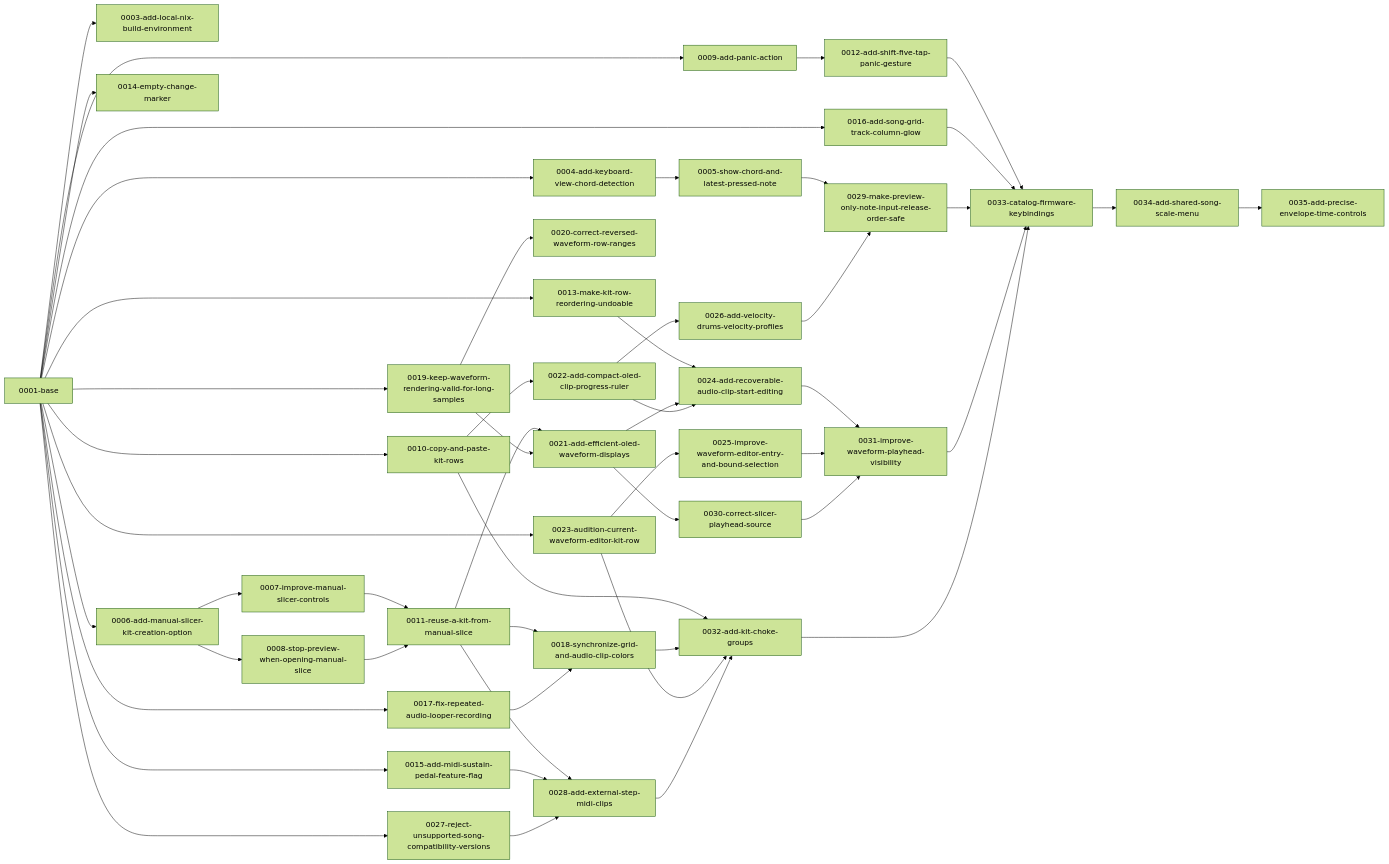
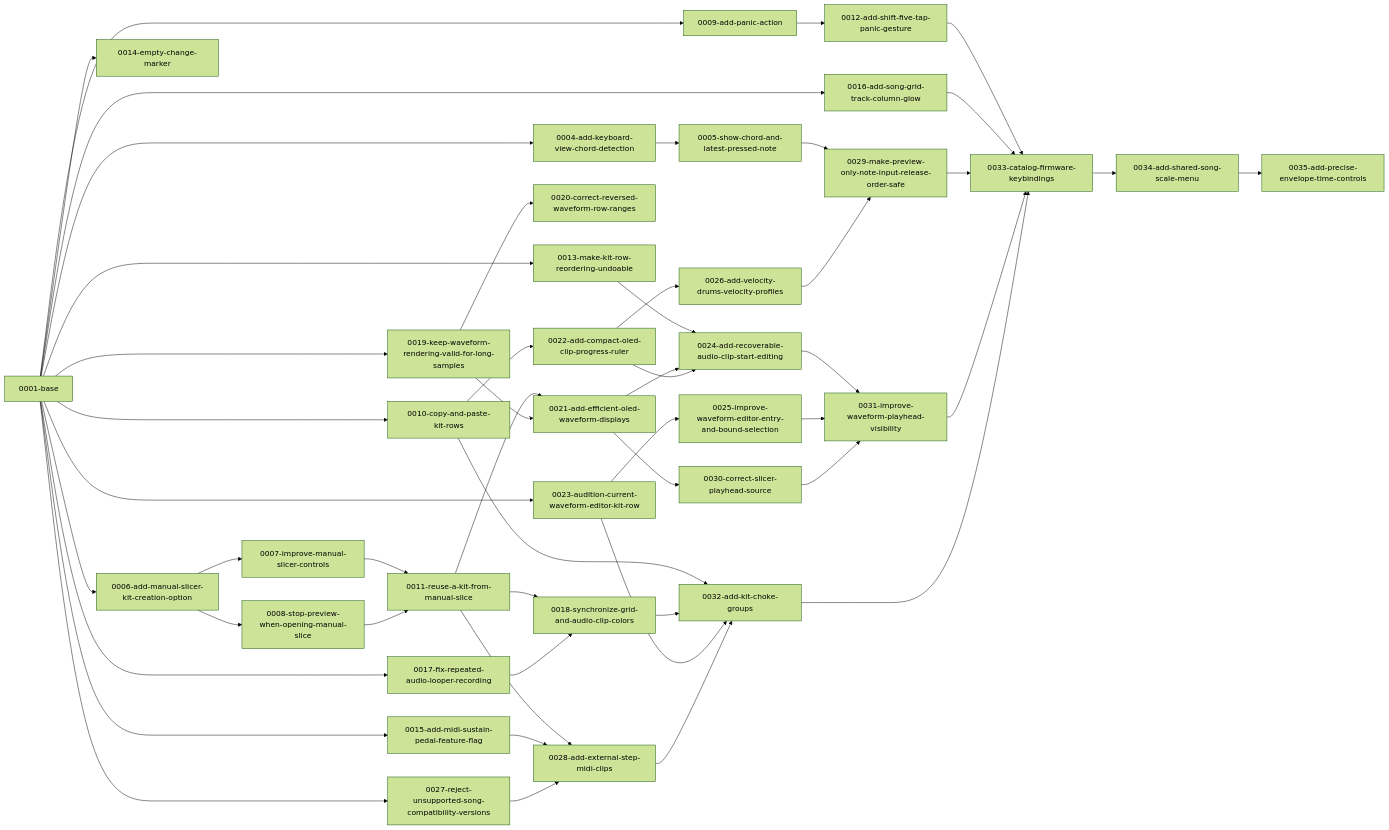
Before and after one commit to NonLogicalDev/fork.DelugeFirmware: the diagram in README.md, drawn with Mermaid (forest theme). The commit also changed other lines of this file and 12 other files, not shown here.

````diff
--- a/README.md
+++ b/README.md
@@ -15,87 +15,85 @@
 ```mermaid
 flowchart LR
   n0["0001-base"]
-  n1["0003-add-local-nix-build-environment"]
-  n2["0004-add-keyboard-view-chord-detection"]
-  n3["0005-show-chord-and-latest-pressed-note"]
-  n4["0006-add-manual-slicer-kit-creation-option"]
-  n5["0007-improve-manual-slicer-controls"]
-  n6["0008-stop-preview-when-opening-manual-slice"]
-  n7["0009-add-panic-action"]
-  n8["0010-copy-and-paste-kit-rows"]
-  n9["0011-reuse-a-kit-from-manual-slice"]
-  n10["0012-add-shift-five-tap-panic-gesture"]
-  n11["0013-make-kit-row-reordering-undoable"]
-  n12["0014-empty-change-marker"]
-  n13["0015-add-midi-sustain-pedal-feature-flag"]
-  n14["0016-add-song-grid-track-column-glow"]
-  n15["0017-fix-repeated-audio-looper-recording"]
-  n16["0018-synchronize-grid-and-audio-clip-colors"]
-  n17["0019-keep-waveform-rendering-valid-for-long-samples"]
-  n18["0020-correct-reversed-waveform-row-ranges"]
-  n19["0021-add-efficient-oled-waveform-displays"]
-  n20["0022-add-compact-oled-clip-progress-ruler"]
-  n21["0023-audition-current-waveform-editor-kit-row"]
-  n22["0024-add-recoverable-audio-clip-start-editing"]
-  n23["0025-improve-waveform-editor-entry-and-bound-selection"]
-  n24["0026-add-velocity-drums-velocity-profiles"]
-  n25["0027-reject-unsupported-song-compatibility-versions"]
-  n26["0028-add-external-step-midi-clips"]
-  n27["0029-make-preview-only-note-input-release-order-safe"]
-  n28["0030-correct-slicer-playhead-source"]
-  n29["0031-improve-waveform-playhead-visibility"]
-  n30["0032-add-kit-choke-groups"]
-  n31["0033-catalog-firmware-keybindings"]
-  n32["0034-add-shared-song-scale-menu"]
-  n33["0035-add-precise-envelope-time-controls"]
+  n1["0004-add-keyboard-view-chord-detection"]
+  n2["0005-show-chord-and-latest-pressed-note"]
+  n3["0006-add-manual-slicer-kit-creation-option"]
+  n4["0007-improve-manual-slicer-controls"]
+  n5["0008-stop-preview-when-opening-manual-slice"]
+  n6["0009-add-panic-action"]
+  n7["0010-copy-and-paste-kit-rows"]
+  n8["0011-reuse-a-kit-from-manual-slice"]
+  n9["0012-add-shift-five-tap-panic-gesture"]
+  n10["0013-make-kit-row-reordering-undoable"]
+  n11["0014-empty-change-marker"]
+  n12["0015-add-midi-sustain-pedal-feature-flag"]
+  n13["0016-add-song-grid-track-column-glow"]
+  n14["0017-fix-repeated-audio-looper-recording"]
+  n15["0018-synchronize-grid-and-audio-clip-colors"]
+  n16["0019-keep-waveform-rendering-valid-for-long-samples"]
+  n17["0020-correct-reversed-waveform-row-ranges"]
+  n18["0021-add-efficient-oled-waveform-displays"]
+  n19["0022-add-compact-oled-clip-progress-ruler"]
+  n20["0023-audition-current-waveform-editor-kit-row"]
+  n21["0024-add-recoverable-audio-clip-start-editing"]
+  n22["0025-improve-waveform-editor-entry-and-bound-selection"]
+  n23["0026-add-velocity-drums-velocity-profiles"]
+  n24["0027-reject-unsupported-song-compatibility-versions"]
+  n25["0028-add-external-step-midi-clips"]
+  n26["0029-make-preview-only-note-input-release-order-safe"]
+  n27["0030-correct-slicer-playhead-source"]
+  n28["0031-improve-waveform-playhead-visibility"]
+  n29["0032-add-kit-choke-groups"]
+  n30["0033-catalog-firmware-keybindings"]
+  n31["0034-add-shared-song-scale-menu"]
+  n32["0035-add-precise-envelope-time-controls"]
   n0 --> n1
-  n0 --> n2
-  n2 --> n3
-  n0 --> n4
-  n4 --> n5
-  n4 --> n6
+  n1 --> n2
+  n0 --> n3
+  n3 --> n4
+  n3 --> n5
+  n0 --> n6
   n0 --> n7
-  n0 --> n8
-  n5 --> n9
+  n4 --> n8
+  n5 --> n8
   n6 --> n9
-  n7 --> n10
+  n0 --> n10
   n0 --> n11
   n0 --> n12
   n0 --> n13
   n0 --> n14
-  n0 --> n15
-  n9 --> n16
-  n15 --> n16
-  n0 --> n17
-  n17 --> n18
-  n9 --> n19
-  n17 --> n19
-  n8 --> n20
-  n0 --> n21
-  n11 --> n22
-  n19 --> n22
+  n8 --> n15
+  n14 --> n15
+  n0 --> n16
+  n16 --> n17
+  n8 --> n18
+  n16 --> n18
+  n7 --> n19
+  n0 --> n20
+  n10 --> n21
+  n18 --> n21
+  n19 --> n21
   n20 --> n22
-  n21 --> n23
-  n20 --> n24
-  n0 --> n25
-  n9 --> n26
-  n13 --> n26
-  n25 --> n26
-  n3 --> n27
-  n24 --> n27
-  n19 --> n28
-  n22 --> n29
-  n23 --> n29
-  n28 --> n29
-  n8 --> n30
-  n16 --> n30
-  n21 --> n30
+  n19 --> n23
+  n0 --> n24
+  n8 --> n25
+  n12 --> n25
+  n24 --> n25
+  n2 --> n26
+  n23 --> n26
+  n18 --> n27
+  n21 --> n28
+  n22 --> n28
+  n27 --> n28
+  n7 --> n29
+  n15 --> n29
+  n20 --> n29
+  n25 --> n29
+  n9 --> n30
+  n13 --> n30
   n26 --> n30
-  n10 --> n31
-  n14 --> n31
-  n27 --> n31
-  n29 --> n31
+  n28 --> n30
+  n29 --> n30
   n30 --> n31
   n31 --> n32
-  n32 --> n33
 ```
````
